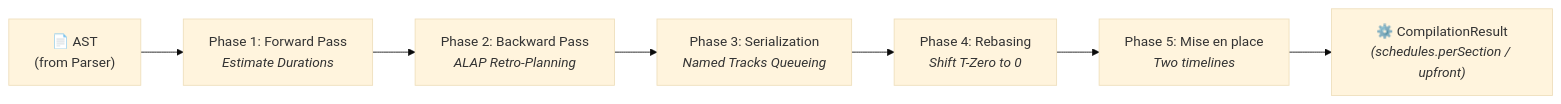
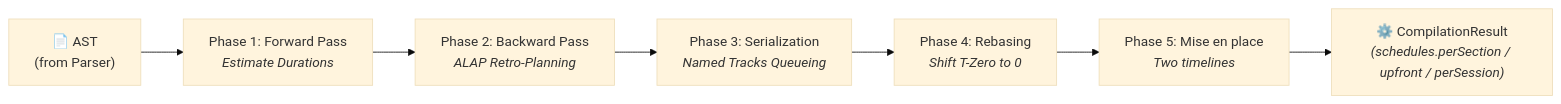
One commit to gram-lang/gram changed the diagram in packages/docs/src/content/docs/docs/explanation/engine/kitchen.md. Above: the diagram before and after it, drawn with Mermaid (base theme). The commit also changed other lines of this file and 250 other files, not shown here.

First line of the commit message:
feat: plan the mise en place per section, upfront or per working day (#76)

````diff
--- a/packages/docs/src/content/docs/docs/explanation/engine/kitchen.md
+++ b/packages/docs/src/content/docs/docs/explanation/engine/kitchen.md
@@ -27,9 +27,9 @@
 ```mermaid
 flowchart LR
     AST["📄 AST<br/>(from Parser)"] --> P1["Phase 1: Forward Pass<br/><i>Estimate Durations</i>"]
     P1 --> P2["Phase 2: Backward Pass<br/><i>ALAP Retro-Planning</i>"]
     P2 --> P3["Phase 3: Serialization<br/><i>Named Tracks Queueing</i>"]
     P3 --> P4["Phase 4: Rebasing<br/><i>Shift T-Zero to 0</i>"]
     P4 --> P5["Phase 5: Mise en place<br/><i>Two timelines</i>"]
-    P5 --> Result["⚙️ CompilationResult<br/><i>(schedules.perSection / upfront)</i>"]
+    P5 --> Result["⚙️ CompilationResult<br/><i>(schedules.perSection / upfront / perSession)</i>"]
 ```
````
